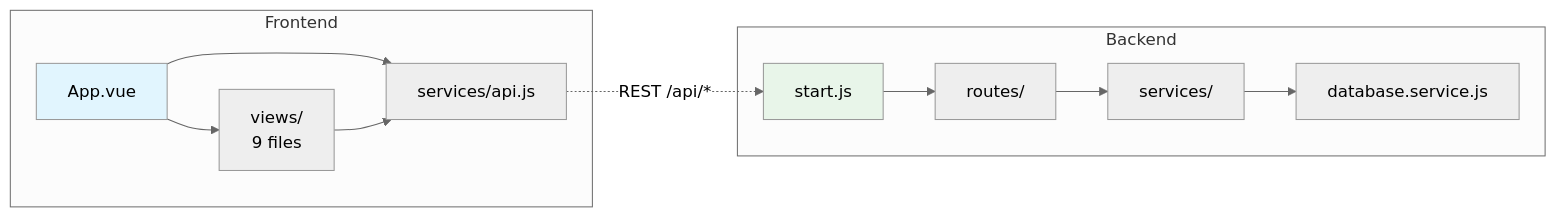
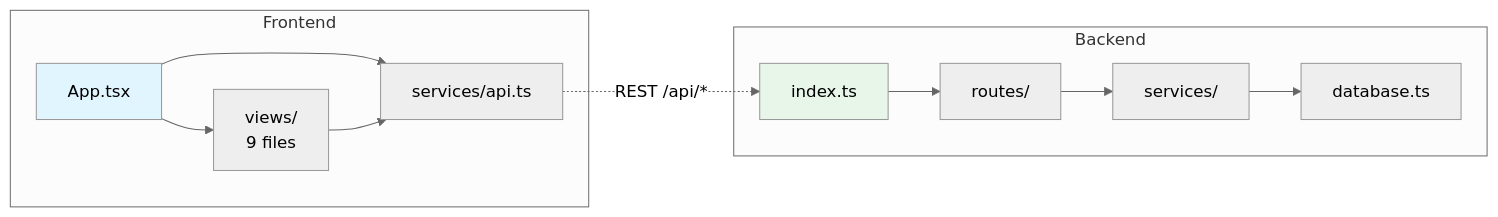
The diagram in README.md (maomaoc474/codebase-outliner), drawn with Mermaid (neutral theme) before and after one commit. The commit also changed other lines of this file and 4 other files, not shown here.

````diff
--- a/README.md
+++ b/README.md
@@ -85,19 +123,19 @@
 ```mermaid
 graph LR
   subgraph Frontend
-    App["App.vue"] --> API["services/api.js"]
+    App["App.tsx"] --> API["services/api.ts"]
     App --> Views["views/\n9 files"]
     Views --> API
   end
 
   subgraph Backend
-    Start["start.js"] --> Routes["routes/"]
+    Start["index.ts"] --> Routes["routes/"]
     Routes --> Services["services/"]
-    Services --> DB["database.service.js"]
+    Services --> DB["database.ts"]
   end
 
   API -.->|"REST /api/*"| Start
 
   style App fill:#e1f5fe
   style Start fill:#e8f5e9
 ```
````
